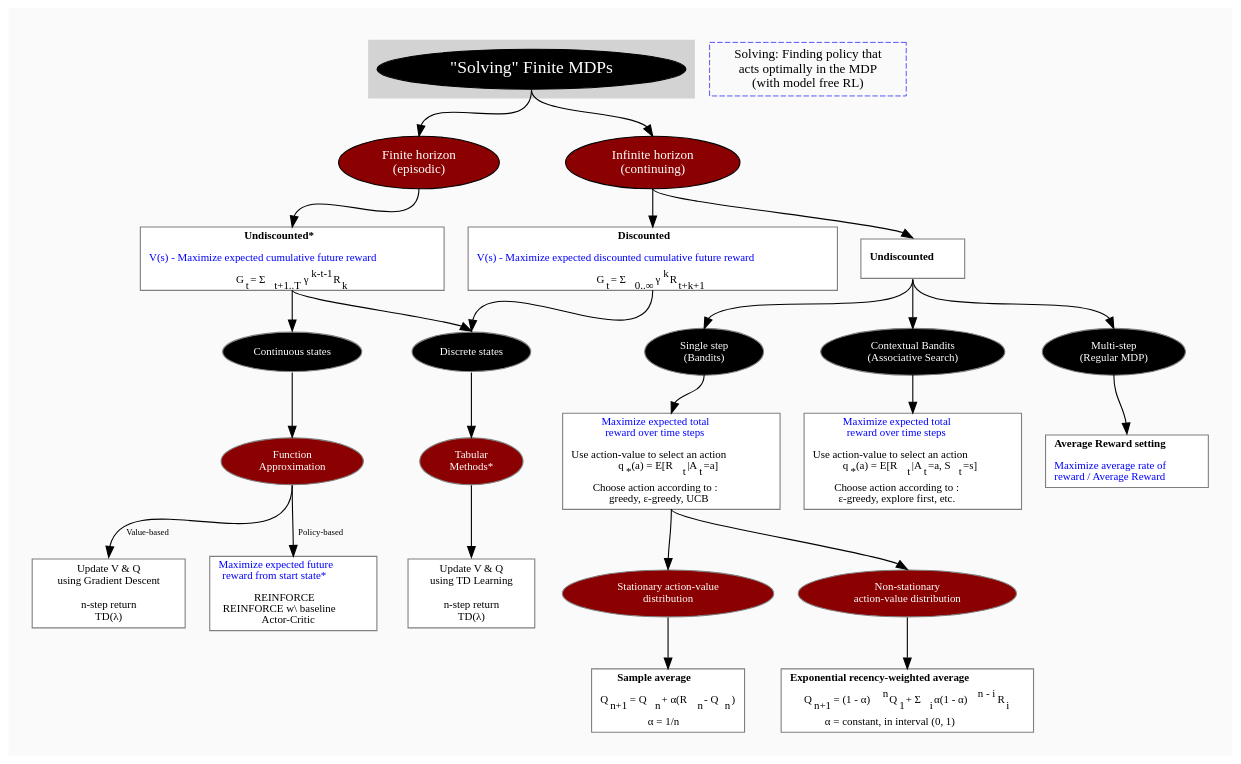
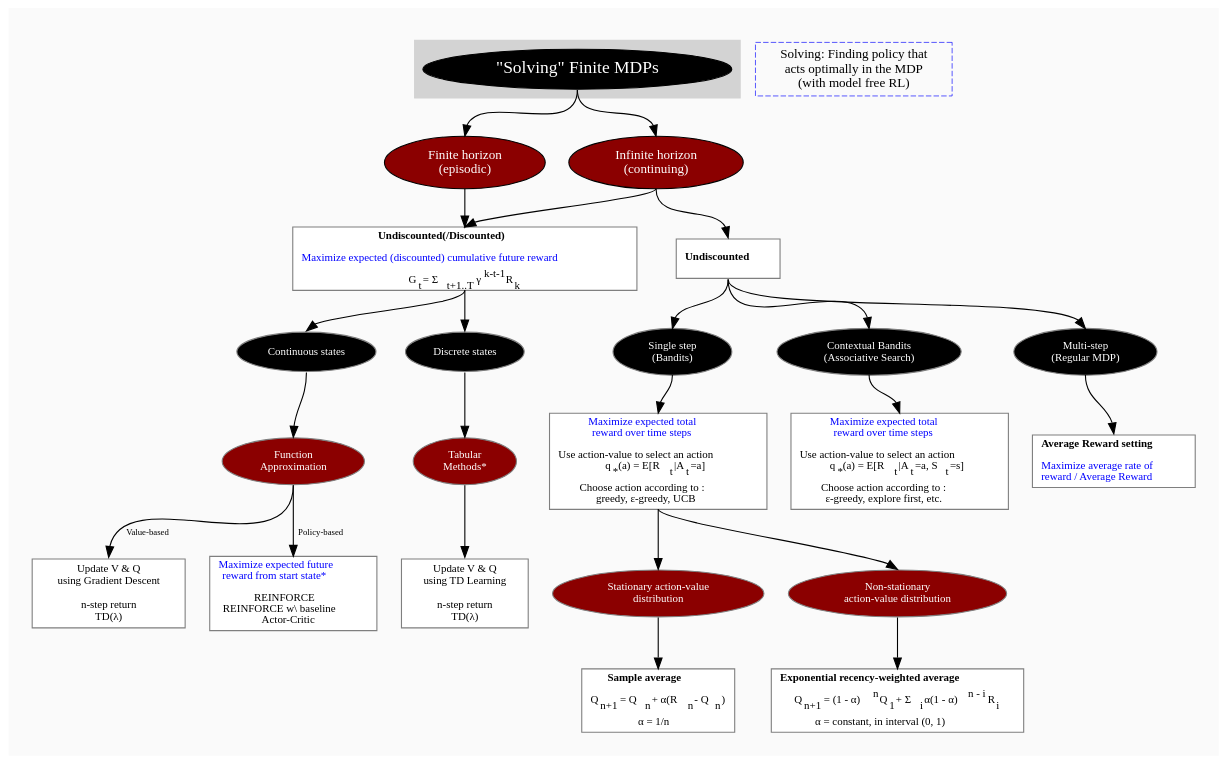
One commit to amy12xx/ml_notes_and_reports changed the diagram in solving_mdps_with_model_free_rl/solving_mdps_with_model_free_rl.dot. Above: the diagram before and after it, drawn with Graphviz. The commit also changed 1 other file, not shown here.

```diff
--- a/solving_mdps_with_model_free_rl/solving_mdps_with_model_free_rl.dot
+++ b/solving_mdps_with_model_free_rl/solving_mdps_with_model_free_rl.dot
@@ -1,179 +1,171 @@
 digraph G {
 splines=true
 bgcolor=grey98
 pad=0.3
 style=filled
 edge[minlen=2]
 edge[headport=n, tailport=s, label=""]
 node[style=filled, fontcolor=white]
 ranksep=0.1
 nodesep=0.3
 
 
 // LEVEL 1
 subgraph cluster_0 {
 style=filled
 color=lightgrey
 fontsize=12
 node[fillcolor=black, fontcolor=white, fontsize=16]
 a1[label="\"Solving\" Finite MDPs"]
 //label = "Solving \: finding policy that acts optimally\n in the MDP";
 //labelloc = "b";
 }
 
 
 // LEVEL 2
 node[fillcolor=red4, fontsize=12]
 b1[label="Finite horizon \n(episodic)"]
 node[fillcolor=red4, fontsize=12]
 b2[label="Infinite horizon \n(continuing)"]
 a1-> b1
 a1-> b2
 
 
 // LEVEL 3
 node[fontcolor=black, fontsize=10]
 node[shape=box, fillcolor=white, color=grey50]
-c1[label=<<b>Undiscounted*</b> <br/><br/>
-<font color="blue">V(s) - Maximize expected cumulative future reward</font>
+c1[label=<<b>Undiscounted(/Discounted)</b> <br/><br/>
+<font color="blue">Maximize expected (discounted) cumulative future reward</font>
 <br/><br/>
 G<sub>t</sub> = &Sigma;<sub>t+1..T</sub>&gamma;<sup>k-t-1</sup>R<sub>k</sub>
->]
-node[shape=box, fillcolor=white, color=grey50]
-c2[label=<<b>Discounted</b><br/><br/>
-<font color="blue">V(s) - Maximize expected discounted cumulative future reward</font>
-<br/><br/>
-G<sub>t</sub> = &Sigma;<sub>0..&infin;</sub>&gamma;<sup>k</sup>R<sub>t+k+1</sub>
 >]
 node[shape=box, fillcolor=white, color=grey50]
 c3[label=<<b>Undiscounted</b>>]
 edge[headport=n, tailport=s, label="", style=filled]
 b1-> c1
-b2-> c2
+b2-> c1
 b2-> c3
 
 
 // LEVEL 4
 node[style="filled", shape=ellipse, fillcolor=black, fontcolor=white, fontsize=10]
 d2[label="Continuous states"]
 node[style="filled", shape=ellipse, fillcolor=black, fontcolor=white, fontsize=10]
 d1[label="Discrete states"]
 c1-> d1
 c1-> d2
 
-edge[headport=n, tailport=s, label="", fontsize=8]
-c2-> d1
 
 // LEVEL 5
 node[fillcolor=red4, fontcolor=white, fontsize=10]
 e1[label="Tabular \nMethods\*"]
 d1-> e1
 
 node[fillcolor=red4, fontcolor=white, fontsize=10]
 e2[label="Function \nApproximation"]
 d2-> e2
 
 
 // LEVEL 6
 node[fillcolor=white, fontcolor=black, shape=box, fontsize=10]
 f1[label="Update V & Q \nusing TD Learning \n \nn\-step return \nTD\(&lambda;\)"]
 e1-> f1
 
 node[fillcolor=white, fontcolor=black, shape=box, fontsize=10]
 f2[label="Update V & Q \nusing Gradient Descent \n \nn\-step return \nTD\(&lambda;\)"]
 edge[label="Value-based", fontsize=8]
 e2-> f2
 
 node[fillcolor=white, fontcolor=black, shape=box, fontsize=10]
 f3[label=<
 <font color="blue">Maximize expected future <br/>
 reward from start state* </font> <br/><br/> REINFORCE <br/>REINFORCE w\ baseline <br/>Actor-Critic
 >]
 edge[label="Policy-based", fontsize=8]
 e2-> f3
 
 
 node[fillcolor=black, shape=ellipse, fontcolor=white, fontsize=10]
 g1[label="Single step \n \(Bandits\)"]
 edge[label="", minlen=2]
 c3-> g1
 
 node[fillcolor=black, shape=ellipse, fontcolor=white, fontsize=10]
 g2[label="Contextual Bandits \n(Associative Search)"]
 edge[label="", minlen=2]
 c3-> g2
 
 node[fillcolor=black, shape=ellipse, fontcolor=white, fontsize=10]
 g3[label="Multi\-step \n\(Regular MDP\)"]
 edge[label="", minlen=2]
 c3-> g3
 
 
 node[fillcolor=white, fontcolor=black, shape=box, fontsize=10]
 h1[label=<<font color="blue">Maximize expected total <BR/>
 reward over time steps </font><BR/><BR/>
 Use action-value to select an action <BR/>
 q<sub>*</sub>(a) = E[R<sub>t</sub>|A<sub>t</sub>=a]
 <br/><br/>
 Choose action according to :<br/>
 greedy, &epsilon;-greedy, UCB
 >]
 edge[headport=n, tailport=s, label="", fontsize=8]
 g1-> h1
 
 node[fillcolor=white, fontcolor=black, shape=box, fontsize=10]
 h2[label=<<font color="blue">Maximize expected total <BR/>
 reward over time steps </font><BR/><BR/>
 Use action-value to select an action <BR/>
 q<sub>*</sub>(a) = E[R<sub>t</sub>|A<sub>t</sub>=a, S<sub>t</sub>=s]
 <br/><br/>
 Choose action according to :<br/>
 &epsilon;-greedy, explore first, etc.
 >]
 edge[headport=n, tailport=s, label="", fontsize=8]
 g2-> h2
 
 node[style="filled", shape=ellipse, fillcolor=red4, fontcolor=white, fontsize=10]
 i1[label="Stationary action-value \ndistribution"]
 node[style="filled", shape=ellipse, fillcolor=red4, fontcolor=white, fontsize=10]
 i2[label="Non-stationary \naction-value distribution"]
 h1-> i1
 h1-> i2
 
 node[fillcolor=white, fontcolor=black, shape=box, fontsize=10]
 j1[label=<
 <B>Sample average</B> <BR/><BR/>
 Q<sub>n+1</sub> = Q<sub>n</sub> + &alpha;(R<sub>n</sub> - Q<sub>n</sub>)
 <BR/><BR/>
 &alpha; = 1/n
 >]
 edge[label="", fontsize=8]
 i1-> j1
 
 node[fillcolor=white, fontcolor=black, shape=box, fontsize=10]
 j2[label=<
 <B>Exponential recency-weighted average</B><BR/><BR/>
 Q<sub>n+1</sub> = (1 - &alpha;)<sup>n</sup>Q<sub>1</sub> + &Sigma;<sub>i</sub> &alpha;(1 - &alpha;)<sup>n - i</sup>R<sub>i</sub>
 <BR/><BR/>
 &alpha; = constant, in interval (0, 1)
 >]
 edge[label="", fontsize=8]
 i2-> j2
 
 node[fillcolor=white, fontcolor=black, shape=box, fontsize=10]
 h3[label=<
 <b>Average Reward setting</b>
 <br/><br/>
 <font color="blue">Maximize average rate of <br/> reward / Average Reward</font>
 >]
 edge[label="", fontsize=8]
 g3-> h3
 
 // REMARQUES EN BLEU
 node[color=blue, shape=box, margin=0.07, fontcolor=black, fontsize=12, style="dashed", penwidth=0.6]
 //edge[color=blue, arrowhead="none", xlabel="", style="dashed", penwidth=0.6]
  r1[label="Solving: Finding policy that \n acts optimally in the MDP \n(with model free RL)"]
 // {rank=same;->r1}
 // {rank=same;r1->[dir=back]}
 
 }
```
